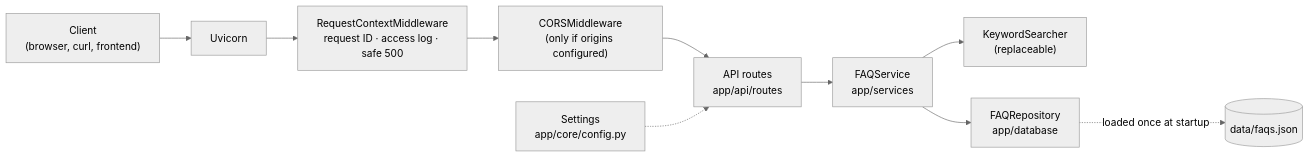
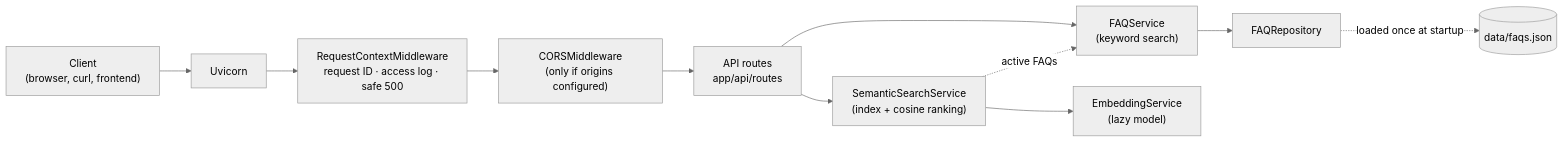
Before and after one commit to pankajr03/ai-customer-support-chatbot: the second of 2 diagrams in README.md, drawn with Mermaid (neutral theme). The commit also changed other lines of this file, not shown here.

Commit message:
docs: update README for Stage 3 semantic search

````diff
--- a/README.md
+++ b/README.md
@@ -145,12 +254,13 @@
 ```mermaid
 flowchart LR
     Client["Client<br/>(browser, curl, frontend)"] --> Uvicorn
     Uvicorn --> MW["RequestContextMiddleware<br/>request ID · access log · safe 500"]
     MW --> CORS["CORSMiddleware<br/>(only if origins configured)"]
     CORS --> Routes["API routes<br/>app/api/routes"]
-    Routes --> Service["FAQService<br/>app/services"]
-    Service --> Search["KeywordSearcher<br/>(replaceable)"]
-    Service --> Repo["FAQRepository<br/>app/database"]
+    Routes --> FAQSvc["FAQService<br/>(keyword search)"]
+    Routes --> SemSvc["SemanticSearchService<br/>(index + cosine ranking)"]
+    SemSvc --> Emb["EmbeddingService<br/>(lazy model)"]
+    SemSvc -. "active FAQs" .-> FAQSvc
+    FAQSvc --> Repo["FAQRepository"]
     Repo -. "loaded once at startup" .-> Data[("data/faqs.json")]
-    Settings["Settings<br/>app/core/config.py"] -.-> Routes
 ```
````
